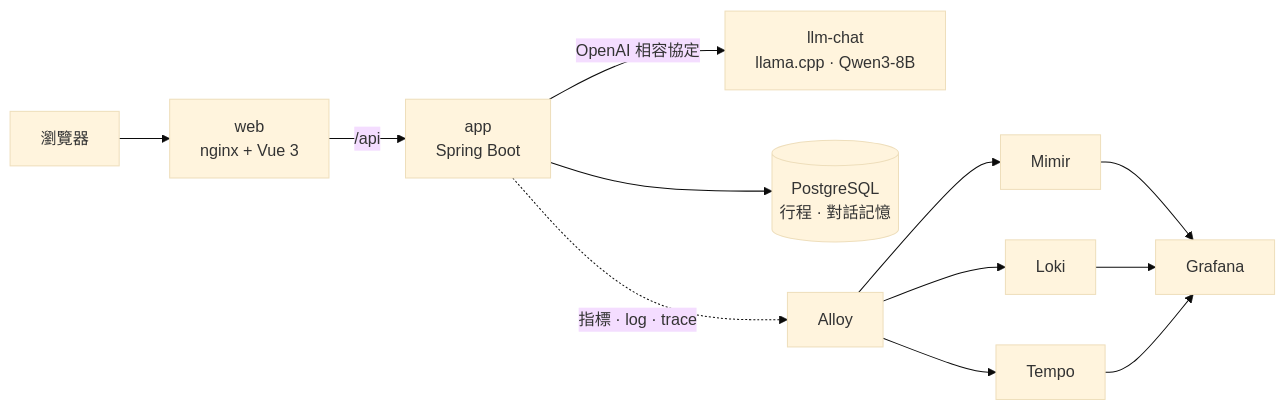
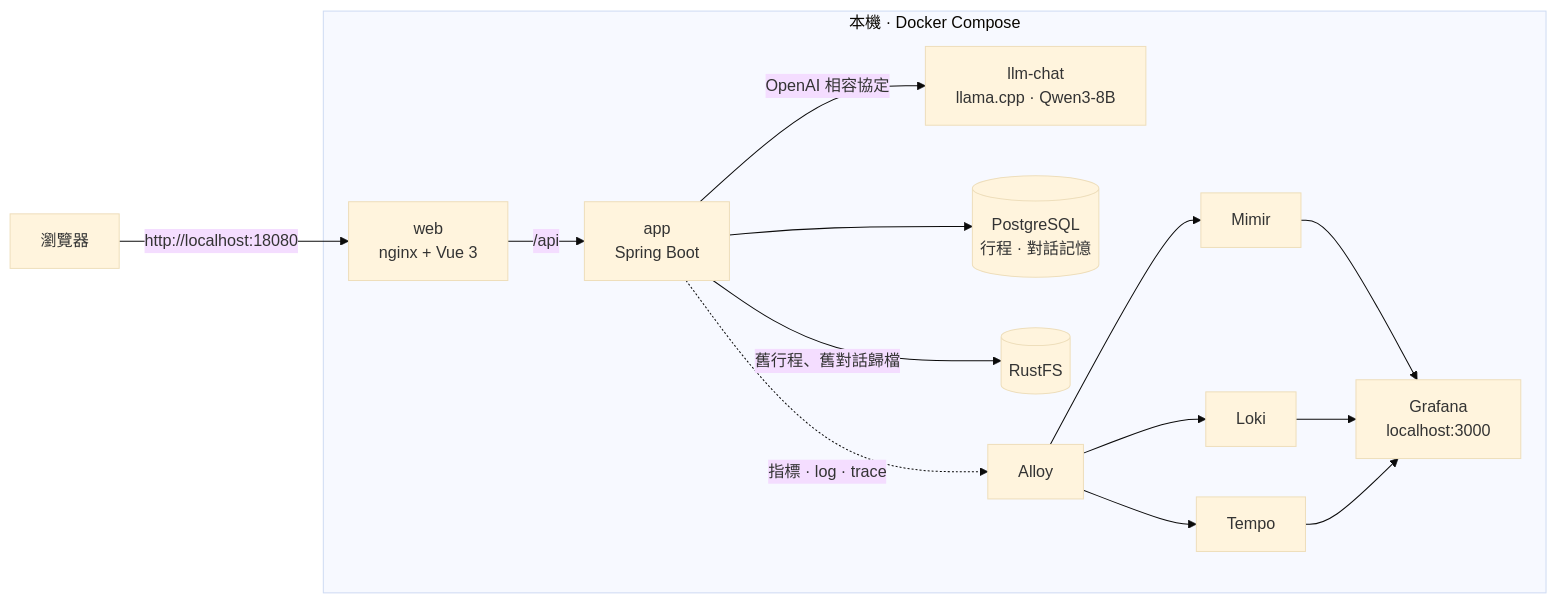
Before and after one commit to Anderson-chen/talkcal: the second of 2 diagrams in README.md, drawn with Mermaid (base theme). The commit also changed other lines of this file, not shown here.

First line of the commit message:
docs(readme): 架構圖分成雲端和本機兩張

````diff
--- a/README.md
+++ b/README.md
@@ -10,10 +40,13 @@
 ```mermaid
 flowchart LR
-    browser[瀏覽器] --> web[web<br/>nginx + Vue 3]
-    web -- /api --> app[app<br/>Spring Boot]
-    app -- OpenAI 相容協定 --> llm[llm-chat<br/>llama.cpp · Qwen3-8B]
-    app --> pg[(PostgreSQL<br/>行程 · 對話記憶)]
-    app -. 指標 · log · trace .-> alloy[Alloy]
-    alloy --> mimir[Mimir] & loki[Loki] & tempo[Tempo]
-    mimir & loki & tempo --> grafana[Grafana]
+    browser[瀏覽器] -- "http://localhost:18080" --> web
+    subgraph local[本機 · Docker Compose]
+        web[web<br/>nginx + Vue 3] -- /api --> app[app<br/>Spring Boot]
+        app -- OpenAI 相容協定 --> llm[llm-chat<br/>llama.cpp · Qwen3-8B]
+        app --> pg[(PostgreSQL<br/>行程 · 對話記憶)]
+        app -- 舊行程、舊對話歸檔 --> rustfs[(RustFS)]
+        app -. 指標 · log · trace .-> alloy[Alloy]
+        alloy --> mimir[Mimir] & loki[Loki] & tempo[Tempo]
+        mimir & loki & tempo --> grafana[Grafana<br/>localhost:3000]
+    end
 ```
````
